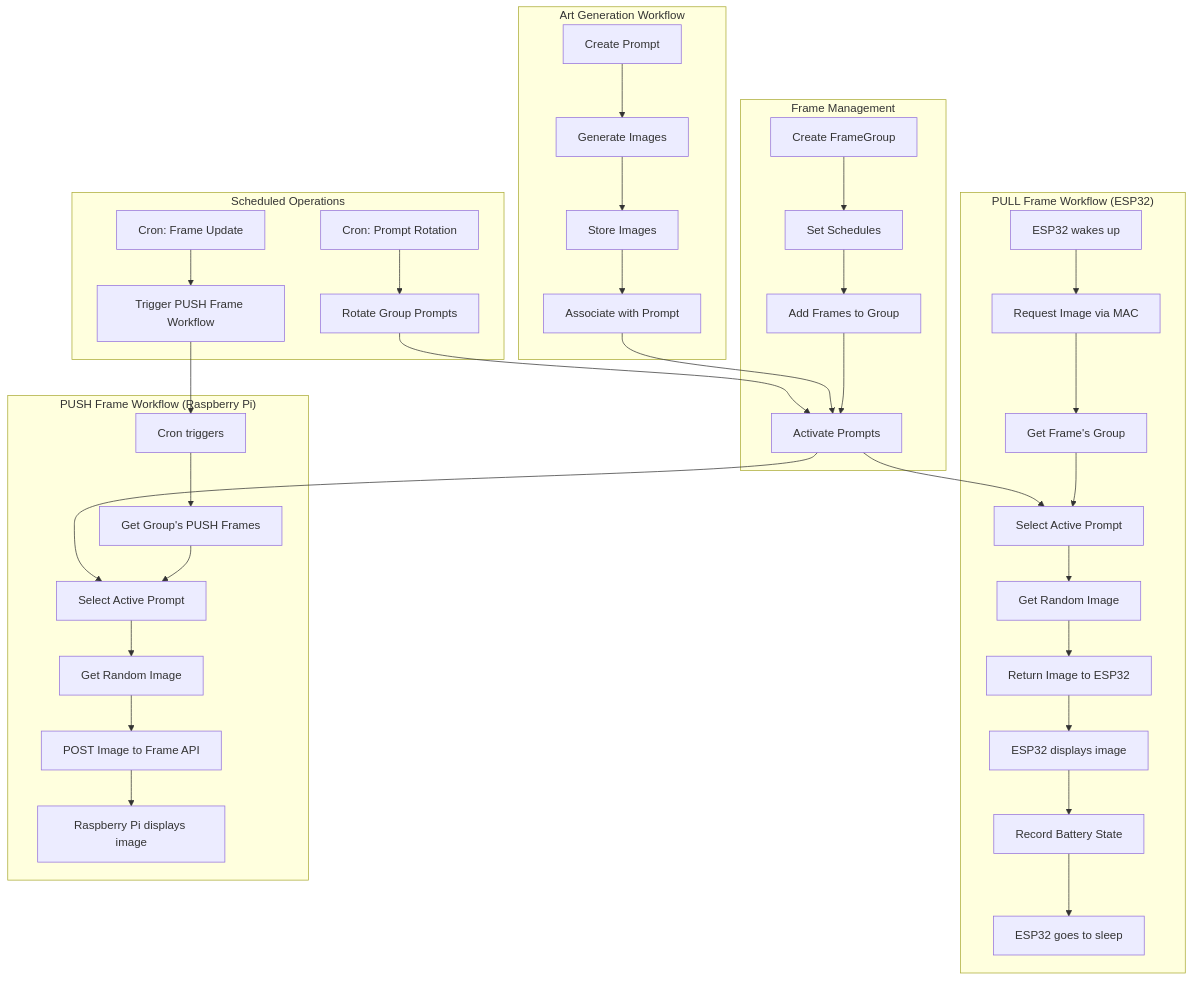
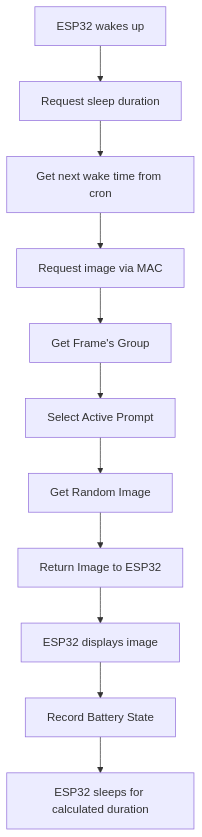
The second of 2 diagrams in readme.md (charnley/eink-art-gallery), drawn with Mermaid before and after one commit. The commit also changed other lines of this file, not shown here.

````diff
--- a/readme.md
+++ b/readme.md
@@ -103,44 +53,13 @@
 ```mermaid
 flowchart TD
-    subgraph "Art Generation Workflow"
-        A[Create Prompt] --> B[Generate Images]
-        B --> C[Store Images]
-        C --> D[Associate with Prompt]
-    end
-
-    subgraph "Frame Management"
-        E[Create FrameGroup] --> F[Set Schedules]
-        F --> G[Add Frames to Group]
-        G --> H[Activate Prompts]
-    end
-
-    subgraph "PULL Frame Workflow (ESP32)"
-        I1[ESP32 wakes up] --> J1[Request Image via MAC]
-        J1 --> K1[Get Frame's Group]
-        K1 --> L1[Select Active Prompt]
-        L1 --> M1[Get Random Image]
-        M1 --> N1[Return Image to ESP32]
-        N1 --> O1[ESP32 displays image]
-        O1 --> P1[Record Battery State]
-        P1 --> Q1[ESP32 goes to sleep]
-    end
-
-    subgraph "PUSH Frame Workflow (Raspberry Pi)"
-        I2[Cron triggers] --> J2[Get Group's PUSH Frames]
-        J2 --> K2[Select Active Prompt]
-        K2 --> L2[Get Random Image]
-        L2 --> M2[POST Image to Frame API]
-        M2 --> N2[Raspberry Pi displays image]
-    end
-
-    subgraph "Scheduled Operations"
-        R1[Cron: Prompt Rotation] --> S1[Rotate Group Prompts]
-        R2[Cron: Frame Update] --> S2[Trigger PUSH Frame Workflow]
-    end
-
-    D --> H
-    H --> L1
-    H --> K2
-    S1 --> H
-    S2 --> I2
+    A[ESP32 wakes up] --> B[Request sleep duration]
+    B --> C[Get next wake time from cron]
+    C --> D[Request image via MAC]
+    D --> E[Get Frame's Group]
+    E --> F[Select Active Prompt]
+    F --> G[Get Random Image]
+    G --> H[Return Image to ESP32]
+    H --> I[ESP32 displays image]
+    I --> J[Record Battery State]
+    J --> K[ESP32 sleeps for calculated duration]
 ```
````
